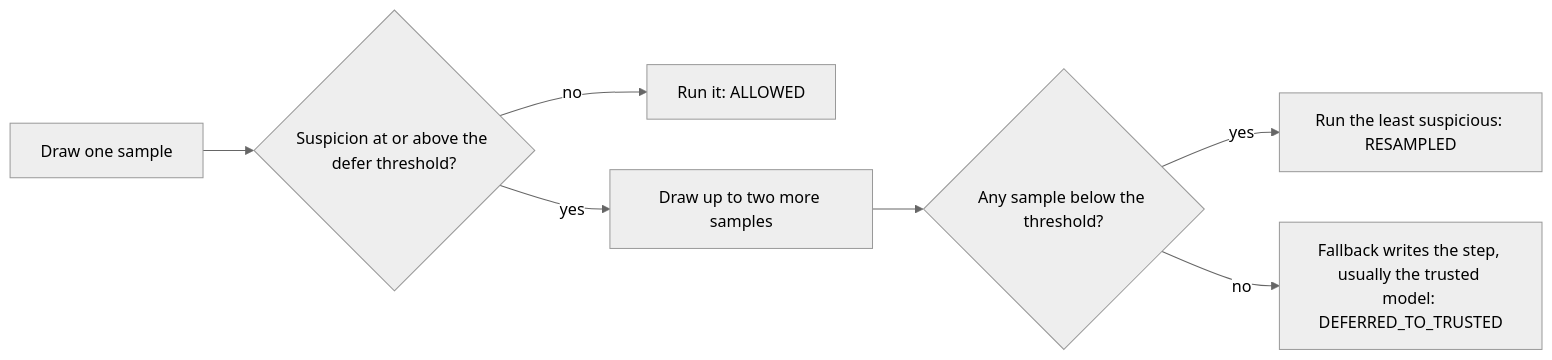
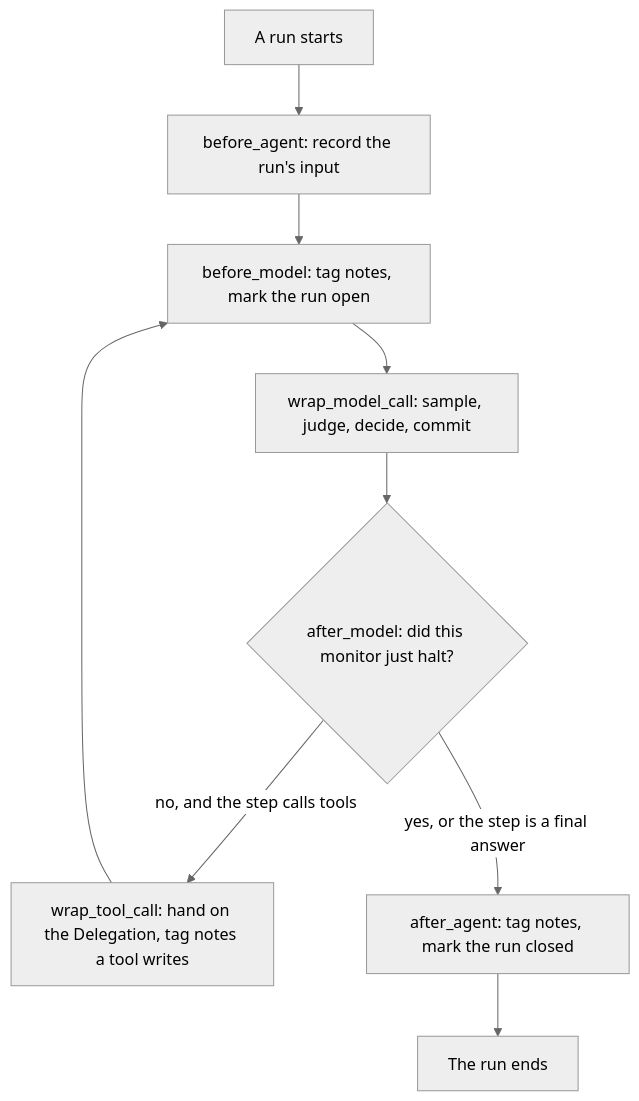
The second of 7 diagrams in docs/explanation/design.md (omamori-lab/langchain-sync-monitors), drawn with Mermaid (neutral theme) before and after one commit. The commit also changed other lines of this file, not shown here.

````diff
--- a/docs/explanation/design.md
+++ b/docs/explanation/design.md
@@ -394,9 +86,11 @@
 ```mermaid
-flowchart LR
-    first["Draw one sample"] --> check{"Suspicion at or above the defer threshold?"}
-    check -- "no" --> allowed["Run it: ALLOWED"]
-    check -- "yes" --> more["Draw up to two more samples"]
-    more --> any{"Any sample below the threshold?"}
-    any -- "yes" --> resampled["Run the least suspicious: RESAMPLED"]
-    any -- "no" --> fallback["Fallback writes the step, usually the trusted model: DEFERRED_TO_TRUSTED"]
+flowchart TD
+    start["A run starts"] --> beforeAgent["before_agent: record the run's input"]
+    beforeAgent --> beforeModel["before_model: tag notes, mark the run open"]
+    beforeModel --> model["wrap_model_call: sample, judge, decide, commit"]
+    model --> afterModel{"after_model: did this monitor just halt?"}
+    afterModel -- "no, and the step calls tools" --> tools["wrap_tool_call: hand on the Delegation, tag notes a tool writes"]
+    tools --> beforeModel
+    afterModel -- "yes, or the step is a final answer" --> afterAgent["after_agent: tag notes, mark the run closed"]
+    afterAgent --> finish["The run ends"]
 ```
````
